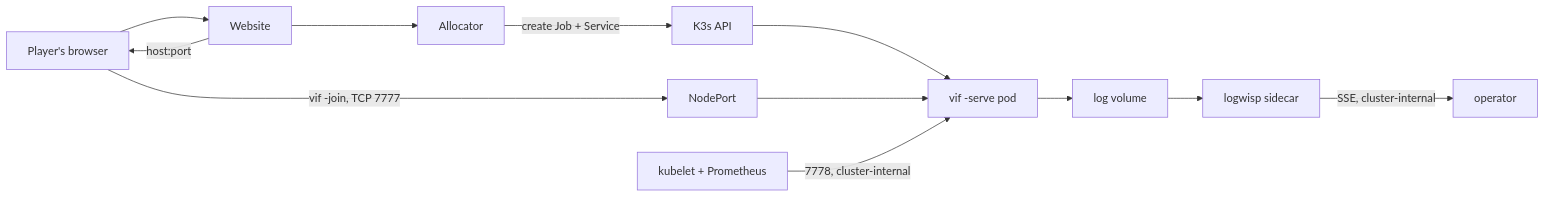
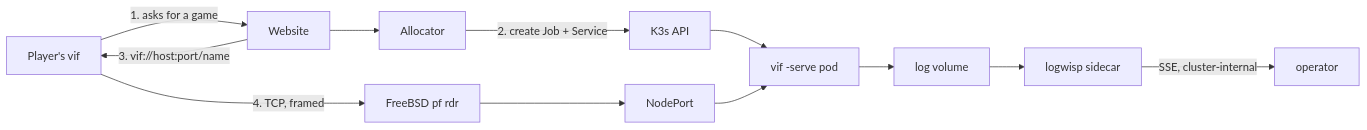
The diagram in doc/kube_docker_deploy.md (lixenwraith/vi-fighter), drawn with Mermaid before and after one commit. The commit also changed other lines of this file and 20 other files, not shown here.

````diff
--- a/doc/kube_docker_deploy.md
+++ b/doc/kube_docker_deploy.md
@@ -31,11 +34,10 @@
 ```mermaid
 flowchart LR
-    Player["Player's browser"] --> Site["Website"]
+    Player["Player's vif"] -->|"1. asks for a game"| Site["Website"]
     Site --> Alloc["Allocator"]
-    Alloc -->|"create Job + Service"| API["K3s API"]
+    Alloc -->|"2. create Job + Service"| API["K3s API"]
     API --> Pod["vif -serve pod"]
-    Site -->|"host:port"| Player
-    Player -->|"vif -join, TCP 7777"| NP["NodePort"] --> Pod
-    Kubelet["kubelet + Prometheus"] -->|"7778, cluster-internal"| Pod
+    Site -->|"3. vif://host:port/name"| Player
+    Player -->|"4. TCP, framed"| PF["FreeBSD pf rdr"] --> NP["NodePort"] --> Pod
     Pod --> Vol["log volume"] --> Wisp["logwisp sidecar"] -->|"SSE, cluster-internal"| Ops["operator"]
 ```
````
